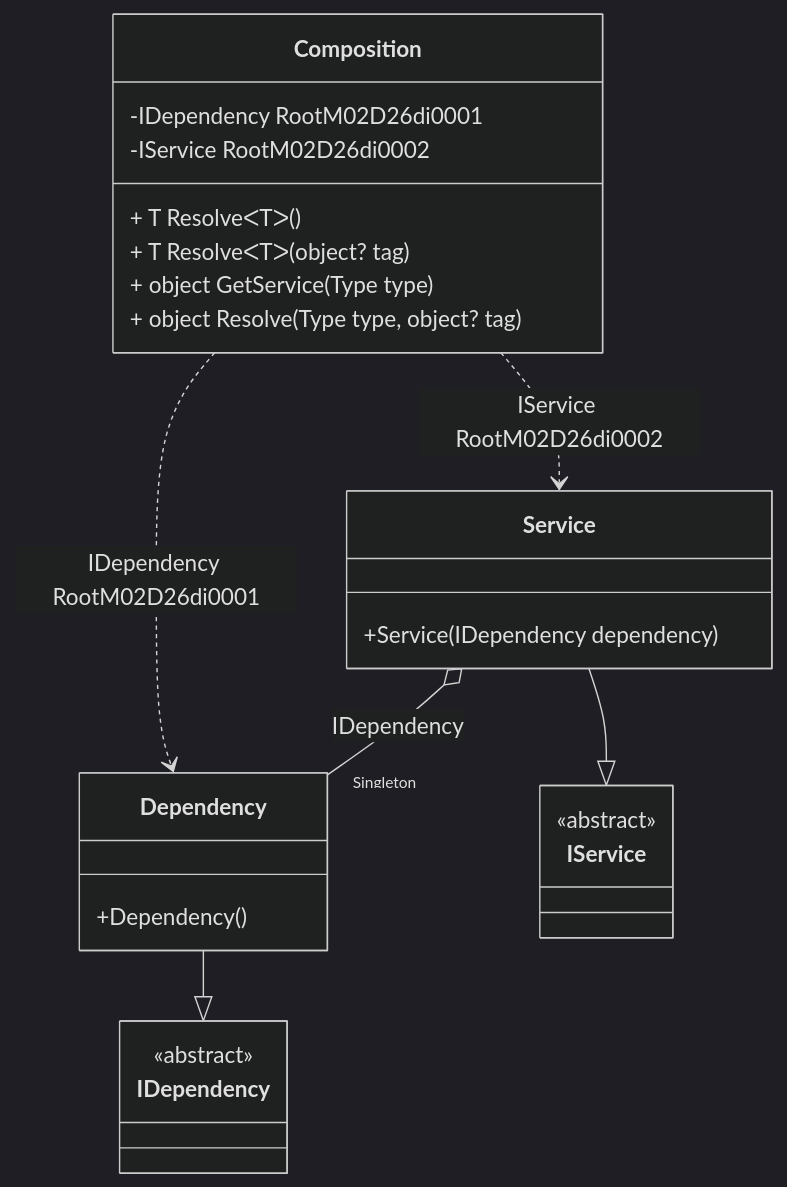
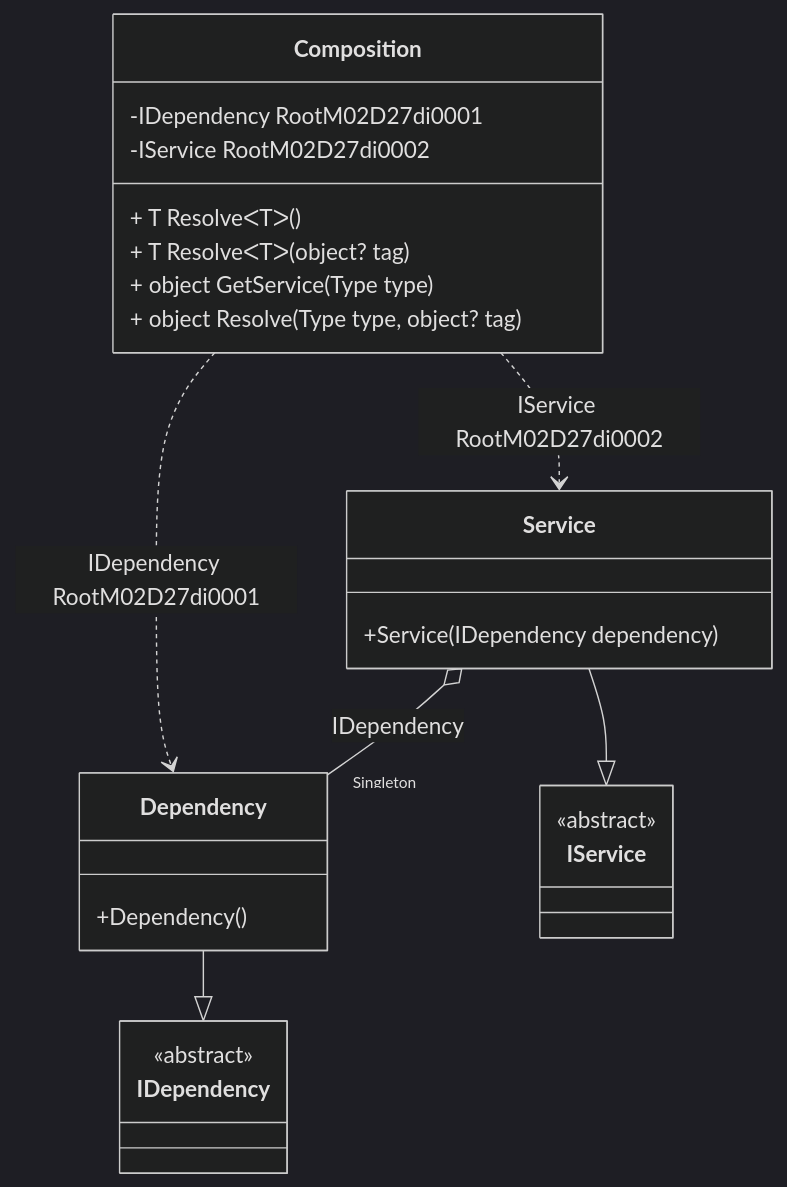
The diagram in readme/service-provider.md (DevTeam/Pure.DI), drawn with Mermaid (dark theme) before and after one commit. The commit also changed other lines of this file and 73 other files, not shown here.

````diff
--- a/readme/service-provider.md
+++ b/readme/service-provider.md
@@ -45,28 +45,28 @@
 ```mermaid
 classDiagram
   class Composition {
-    -IDependency RootM02D26di0001
-    -IService RootM02D26di0002
+    -IDependency RootM02D27di0001
+    -IService RootM02D27di0002
     + T ResolveᐸTᐳ()
     + T ResolveᐸTᐳ(object? tag)
     + object GetService(Type type)
     + object Resolve(Type type, object? tag)
   }
   Dependency --|> IDependency : 
   class Dependency {
     +Dependency()
   }
   Service --|> IService : 
   class Service {
     +Service(IDependency dependency)
   }
   class IDependency {
     <<abstract>>
   }
   class IService {
     <<abstract>>
   }
   Service o--  "Singleton" Dependency : IDependency
-  Composition ..> Dependency : IDependency RootM02D26di0001
-  Composition ..> Service : IService RootM02D26di0002
+  Composition ..> Dependency : IDependency RootM02D27di0001
+  Composition ..> Service : IService RootM02D27di0002
 ```
````
